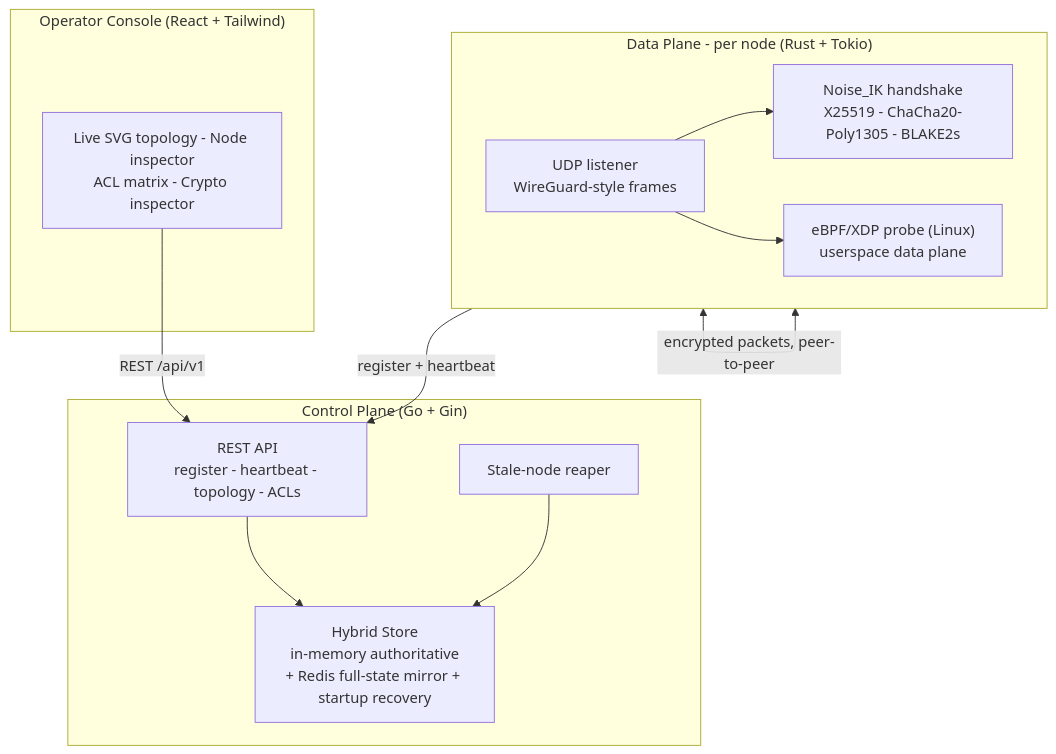
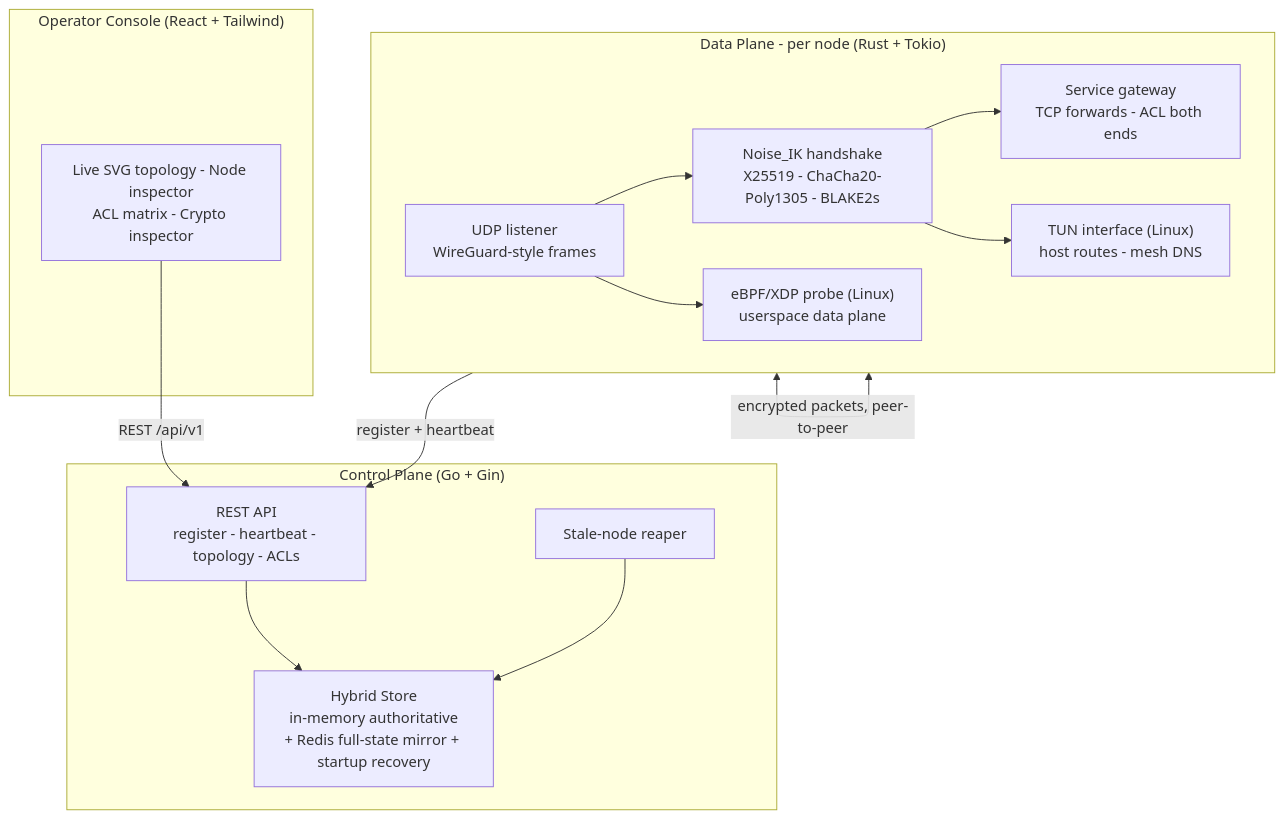
One commit to Thegreatprabh/KronosMesh changed the diagram in README.md. Above: the diagram before and after it, drawn with Mermaid. The commit also changed other lines of this file and 17 other files, not shown here.

Commit message:
Round 4: service gateway + TUN host integration + mesh DNS, STUN hardening, arch-aware eBPF, dashboard error states, HTTPS enforcement

````diff
--- a/README.md
+++ b/README.md
@@ -37,26 +37,30 @@
 ```mermaid
 flowchart TB
     subgraph CP["Control Plane (Go + Gin)"]
         API["REST API<br/>register - heartbeat - topology - ACLs"]
         STORE["Hybrid Store<br/>in-memory authoritative<br/>+ Redis full-state mirror + startup recovery"]
         REAPER["Stale-node reaper"]
         API --> STORE
         REAPER --> STORE
     end
 
     subgraph UI["Operator Console (React + Tailwind)"]
         DASH["Live SVG topology - Node inspector<br/>ACL matrix - Crypto inspector"]
     end
 
     subgraph DP["Data Plane  -  per node (Rust + Tokio)"]
         UDP["UDP listener<br/>WireGuard-style frames"]
         NOISE["Noise_IK handshake<br/>X25519 - ChaCha20-Poly1305 - BLAKE2s"]
+        GW["Service gateway<br/>TCP forwards - ACL both ends"]
+        TUN["TUN interface (Linux)<br/>host routes - mesh DNS"]
         XDP["eBPF/XDP probe (Linux)<br/>userspace data plane"]
         UDP --> NOISE
+        NOISE --> GW
+        NOISE --> TUN
         UDP --> XDP
     end
 
     DASH -->|"REST /api/v1"| API
     DP -->|"register + heartbeat"| API
     DP <-->|"encrypted packets, peer-to-peer"| DP
 ```
````
